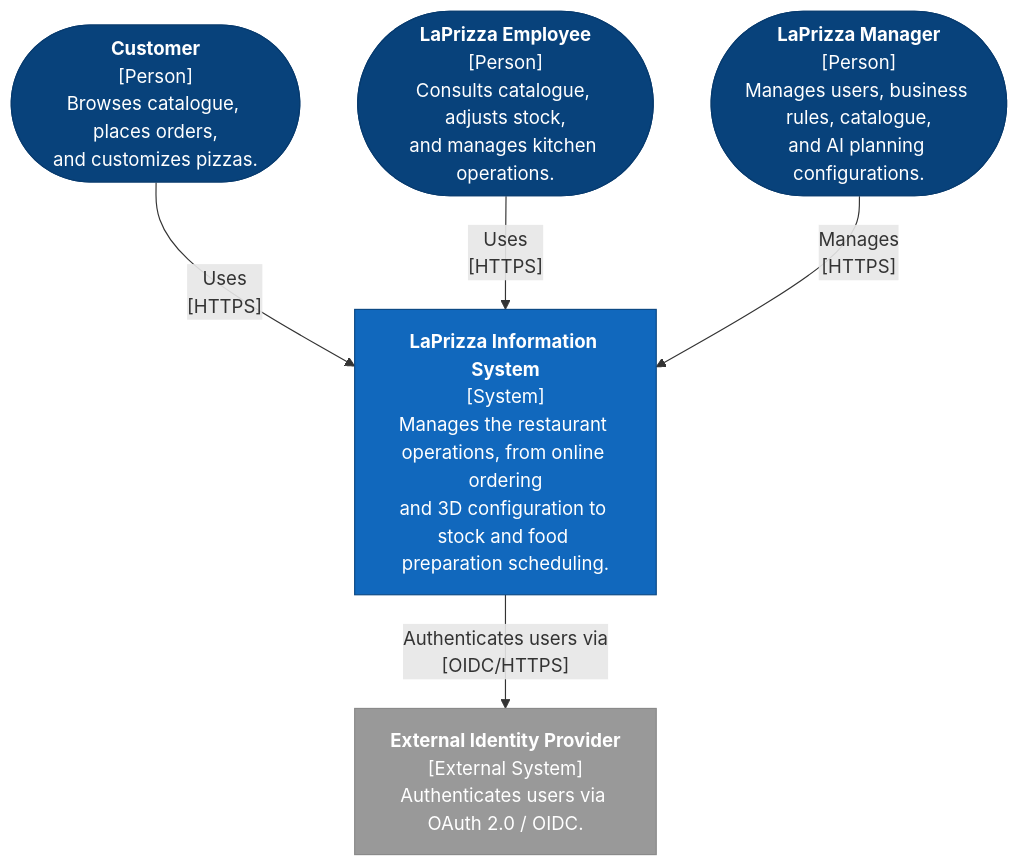
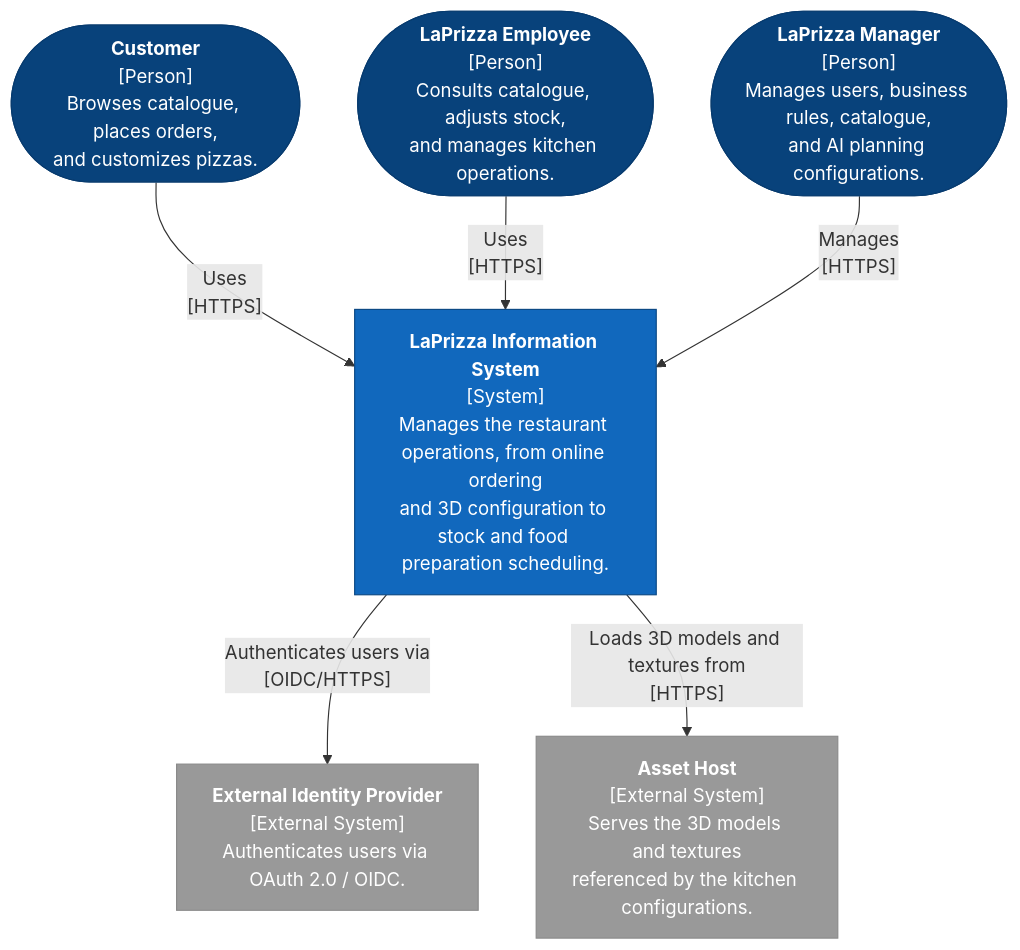
One commit to ivasduarte/laprizza changed the first of 8 diagrams in docs/design/views.md. Above: the diagram before and after it, drawn with Mermaid. The commit also changed other lines of this file and 16 other files, not shown here.

````diff
--- a/docs/design/views.md
+++ b/docs/design/views.md
@@ -38,22 +40,24 @@
 ```mermaid
 flowchart TB
     customer(["<b>Customer</b><br/>[Person]<br/>Browses catalogue, places orders,<br/>and customizes pizzas."])
     employee(["<b>LaPrizza Employee</b><br/>[Person]<br/>Consults catalogue, adjusts stock,<br/>and manages kitchen operations."])
     manager(["<b>LaPrizza Manager</b><br/>[Person]<br/>Manages users, business rules, catalogue,<br/>and AI planning configurations."])
 
     laprizza["<b>LaPrizza Information System</b><br/>[System]<br/>Manages the restaurant operations, from online ordering<br/>and 3D configuration to stock and food preparation scheduling."]
     idp["<b>External Identity Provider</b><br/>[External System]<br/>Authenticates users via OAuth 2.0 / OIDC."]
+    assets["<b>Asset Host</b><br/>[External System]<br/>Serves the 3D models and textures<br/>referenced by the kitchen configurations."]
 
     customer -->|"Uses<br/>[HTTPS]"| laprizza
     employee -->|"Uses<br/>[HTTPS]"| laprizza
     manager -->|"Manages<br/>[HTTPS]"| laprizza
     laprizza -->|"Authenticates users via<br/>[OIDC/HTTPS]"| idp
+    laprizza -->|"Loads 3D models and textures from<br/>[HTTPS]"| assets
 
     classDef person fill:#08427b,stroke:#073b6f,color:#fff
     classDef system fill:#1168bd,stroke:#0b4884,color:#fff
     classDef external fill:#999999,stroke:#8a8a8a,color:#fff
 
     class customer,employee,manager person
     class laprizza system
-    class idp external
+    class idp,assets external
 ```
````
